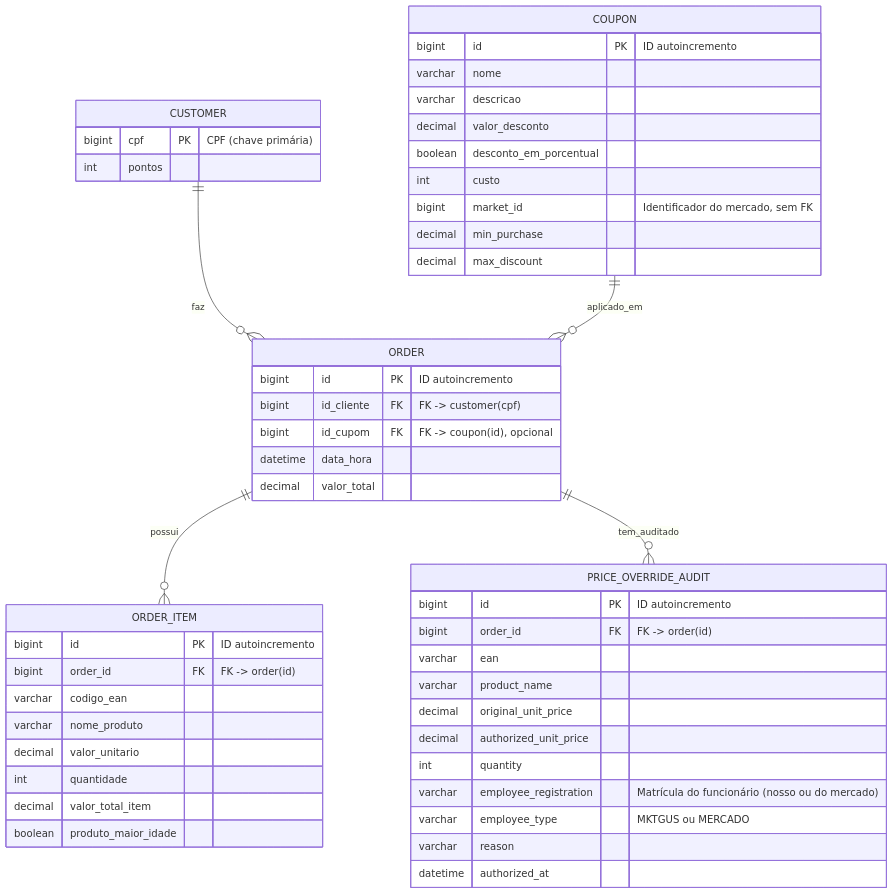
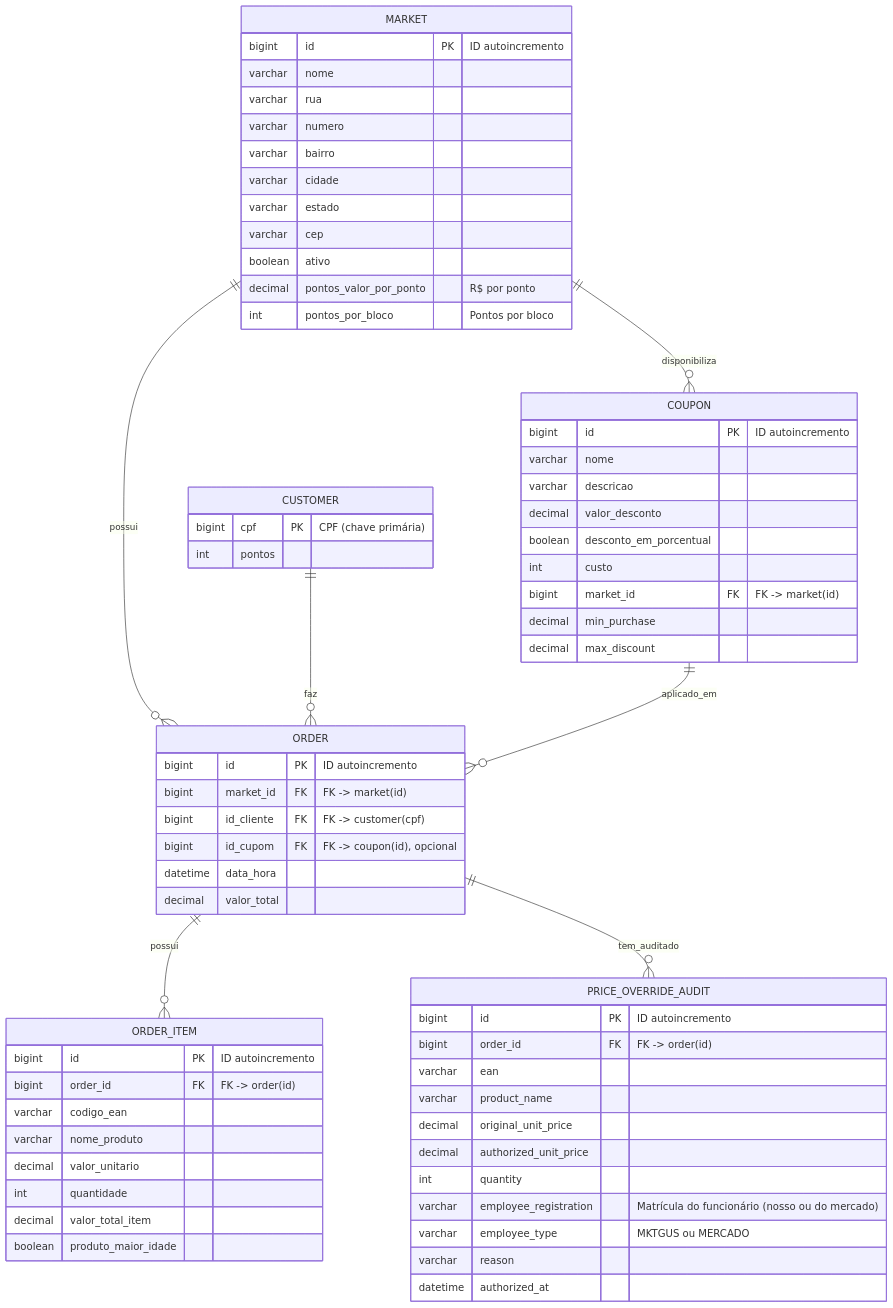
Before and after one commit to JoaoPires3642/MKT-GUS: the diagram in docs/database-er-diagram.md, drawn with Mermaid. The commit also changed other lines of this file and 1 other file, not shown here.

Commit message:
docs: restore planned market data model

````diff
--- a/docs/database-er-diagram.md
+++ b/docs/database-er-diagram.md
@@ -7,57 +7,74 @@
 ```mermaid
 erDiagram
+    MARKET {
+        bigint id PK "ID autoincremento"
+        varchar nome
+        varchar rua
+        varchar numero
+        varchar bairro
+        varchar cidade
+        varchar estado
+        varchar cep
+        boolean ativo
+        decimal pontos_valor_por_ponto "R$ por ponto"
+        int pontos_por_bloco "Pontos por bloco"
+    }
+
     CUSTOMER {
         bigint cpf PK "CPF (chave primária)"
         int pontos
     }
 
     COUPON {
         bigint id PK "ID autoincremento"
         varchar nome
         varchar descricao
         decimal valor_desconto
         boolean desconto_em_porcentual
         int custo
-        bigint market_id "Identificador do mercado, sem FK"
+        bigint market_id FK "FK -> market(id)"
         decimal min_purchase
         decimal max_discount
     }
 
     ORDER {
         bigint id PK "ID autoincremento"
+        bigint market_id FK "FK -> market(id)"
         bigint id_cliente FK "FK -> customer(cpf)"
         bigint id_cupom FK "FK -> coupon(id), opcional"
         datetime data_hora
         decimal valor_total
     }
 
     ORDER_ITEM {
         bigint id PK "ID autoincremento"
         bigint order_id FK "FK -> order(id)"
         varchar codigo_ean
         varchar nome_produto
         decimal valor_unitario
         int quantidade
         decimal valor_total_item
         boolean produto_maior_idade
     }
 
     PRICE_OVERRIDE_AUDIT {
         bigint id PK "ID autoincremento"
         bigint order_id FK "FK -> order(id)"
         varchar ean
         varchar product_name
         decimal original_unit_price
         decimal authorized_unit_price
         int quantity
         varchar employee_registration "Matrícula do funcionário (nosso ou do mercado)"
         varchar employee_type "MKTGUS ou MERCADO"
         varchar reason
         datetime authorized_at
     }
 
+    MARKET ||--o{ ORDER : "possui"
+    MARKET ||--o{ COUPON : "disponibiliza"
     CUSTOMER ||--o{ ORDER : "faz"
     COUPON ||--o{ ORDER : "aplicado_em"
     ORDER ||--o{ ORDER_ITEM : "possui"
     ORDER ||--o{ PRICE_OVERRIDE_AUDIT : "tem_auditado"
 ```
````
